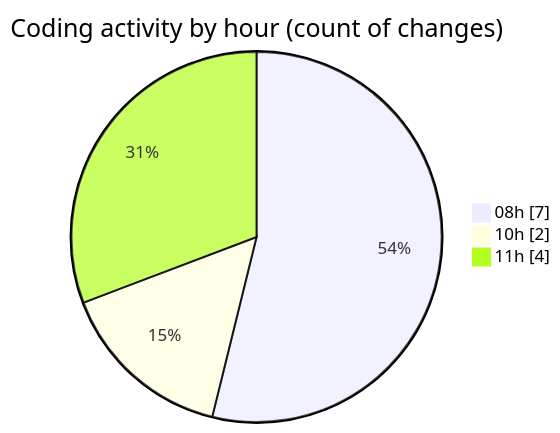
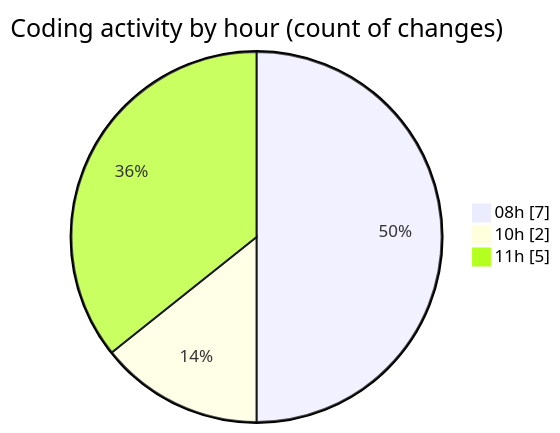
Before and after one commit to LanceThiago/code-tracking: the second of 2 diagrams in 2025-04-22/web/README.md, drawn with Mermaid. The commit also changed other lines of this file and 1 other file, not shown here.

````diff
--- a/2025-04-22/web/README.md
+++ b/2025-04-22/web/README.md
@@ -33,7 +33,7 @@
 ```mermaid
 pie showData
 title Coding activity by hour (count of changes)
 "08h" : 7
 "10h" : 2
-"11h" : 4
+"11h" : 5
 ```
````
